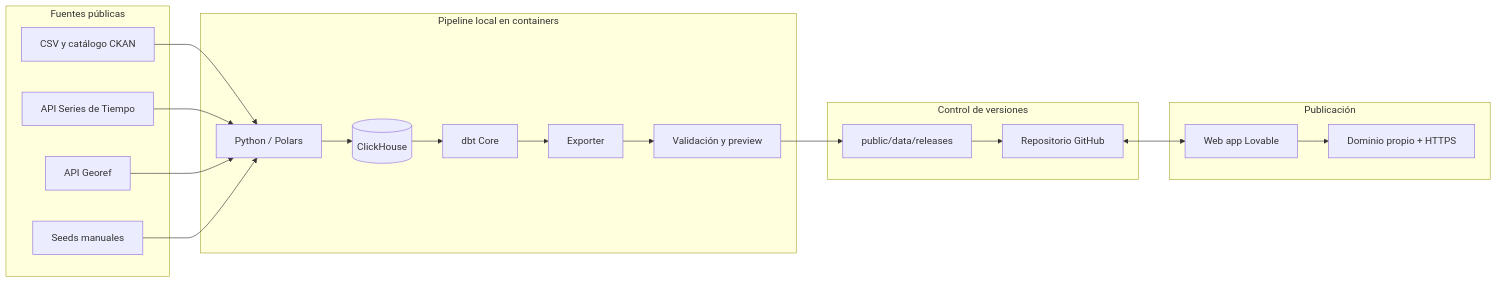
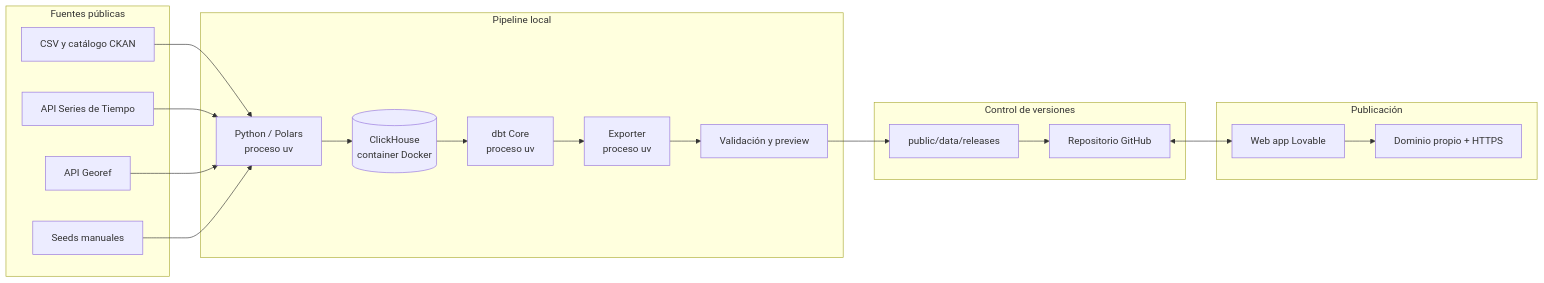
One commit to darioabadie/petro-vision-showcase changed the diagram in docs/architecture.md. Above: the diagram before and after it, drawn with Mermaid. The commit also changed other lines of this file and 17 other files, not shown here.

Commit message:
docs: align portfolio with ClickHouse pipeline

````diff
--- a/docs/architecture.md
+++ b/docs/architecture.md
@@ -27,40 +27,40 @@
 ```mermaid
 flowchart LR
     subgraph Sources[Fuentes públicas]
         CKAN[CSV y catálogo CKAN]
         SERIES[API Series de Tiempo]
         GEO[API Georef]
         MANUAL[Seeds manuales]
     end
 
-    subgraph Local[Pipeline local en containers]
-        INGEST[Python / Polars]
-        CH[(ClickHouse)]
-        DBT[dbt Core]
-        EXPORT[Exporter]
+    subgraph Local[Pipeline local]
+        INGEST[Python / Polars<br/>proceso uv]
+        CH[(ClickHouse<br/>container Docker)]
+        DBT[dbt Core<br/>proceso uv]
+        EXPORT[Exporter<br/>proceso uv]
         QA[Validación y preview]
     end
 
     subgraph Git[Control de versiones]
         REPO[Repositorio GitHub]
         RELEASES[public/data/releases]
     end
 
     subgraph Public[Publicación]
         LOVE[Web app Lovable]
         DOMAIN[Dominio propio + HTTPS]
     end
 
     CKAN --> INGEST
     SERIES --> INGEST
     GEO --> INGEST
     MANUAL --> INGEST
     INGEST --> CH
     CH --> DBT
     DBT --> EXPORT
     EXPORT --> QA
     QA --> RELEASES
     RELEASES --> REPO
     REPO <--> LOVE
     LOVE --> DOMAIN
 ```
````
